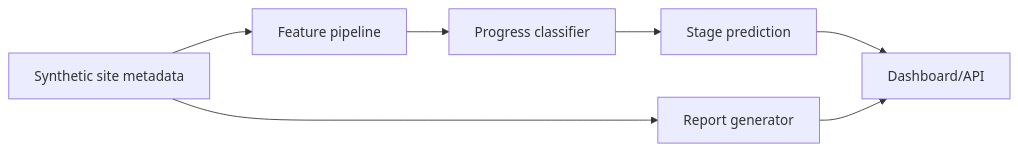
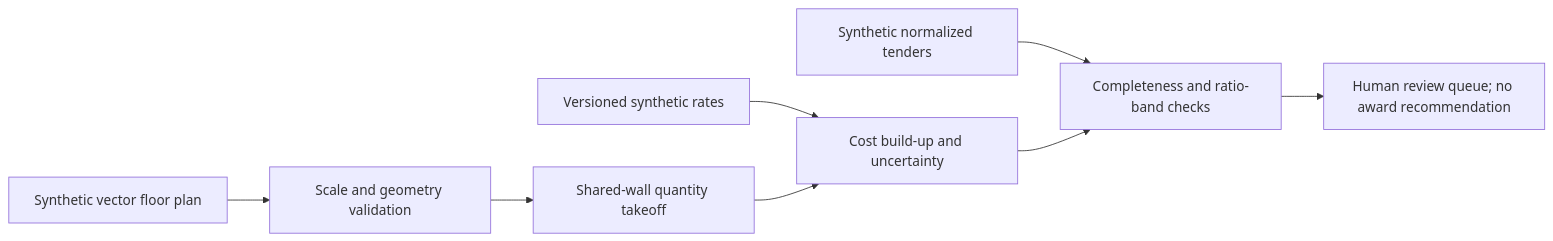
One commit to josiahsutd-stack/ai-portfolio changed the second of 8 diagrams in docs/architecture-diagrams.md. Above: the diagram before and after it, drawn with Mermaid. The commit also changed other lines of this file and 51 other files, not shown here.

Commit message:
Build QS takeoff and tender analysis

````diff
--- a/docs/architecture-diagrams.md
+++ b/docs/architecture-diagrams.md
@@ -18,9 +18,10 @@
 ```mermaid
 flowchart LR
-  A["Synthetic site metadata"] --> B["Feature pipeline"]
-  B --> C["Progress classifier"]
-  C --> D["Stage prediction"]
-  A --> E["Report generator"]
-  D --> F["Dashboard/API"]
-  E --> F
+  A["Synthetic vector floor plan"] --> B["Scale and geometry validation"]
+  B --> C["Shared-wall quantity takeoff"]
+  D["Versioned synthetic rates"] --> E["Cost build-up and uncertainty"]
+  C --> E
+  F["Synthetic normalized tenders"] --> G["Completeness and ratio-band checks"]
+  E --> G
+  G --> H["Human review queue; no award recommendation"]
 ```
````
